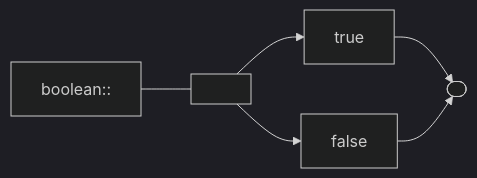
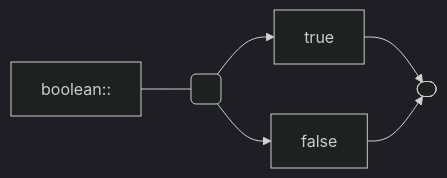
Before and after one commit to andrewfstratton/quandoscript: diagram 14 of 16 in README.md, drawn with Mermaid (dark theme). The commit also changed other lines of this file, not shown here.

````diff
--- a/README.md
+++ b/README.md
@@ -118,6 +105,6 @@
 ```mermaid
 graph LR
     stop([ ])
-    boolean::---l[ ]--> true --> stop
+    boolean::---l( )--> true --> stop
     l-->false --> stop
 ```
````
